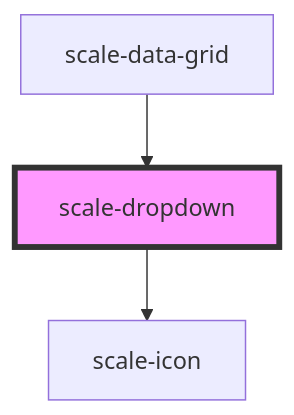
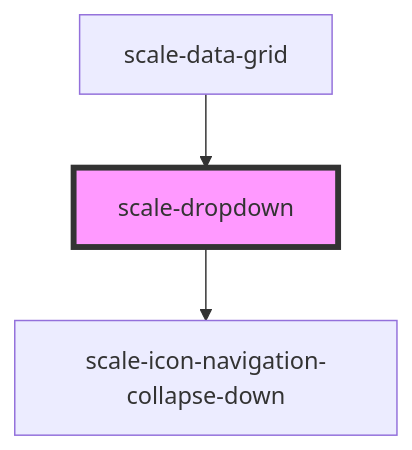
Before and after one commit to gaurishkamat/scale: the diagram in packages/components/src/components/dropdown/readme.md, drawn with Mermaid. The commit also changed other lines of this file and 18 other files, not shown here.

Commit message:
refactor(dropdown): update icon handling

````diff
--- a/packages/components/src/components/dropdown/readme.md
+++ b/packages/components/src/components/dropdown/readme.md
@@ -51,6 +50,6 @@
 ```mermaid
 graph TD;
-  scale-dropdown --> scale-icon
+  scale-dropdown --> scale-icon-navigation-collapse-down
   scale-data-grid --> scale-dropdown
   style scale-dropdown fill:#f9f,stroke:#333,stroke-width:4px
 ```
````
